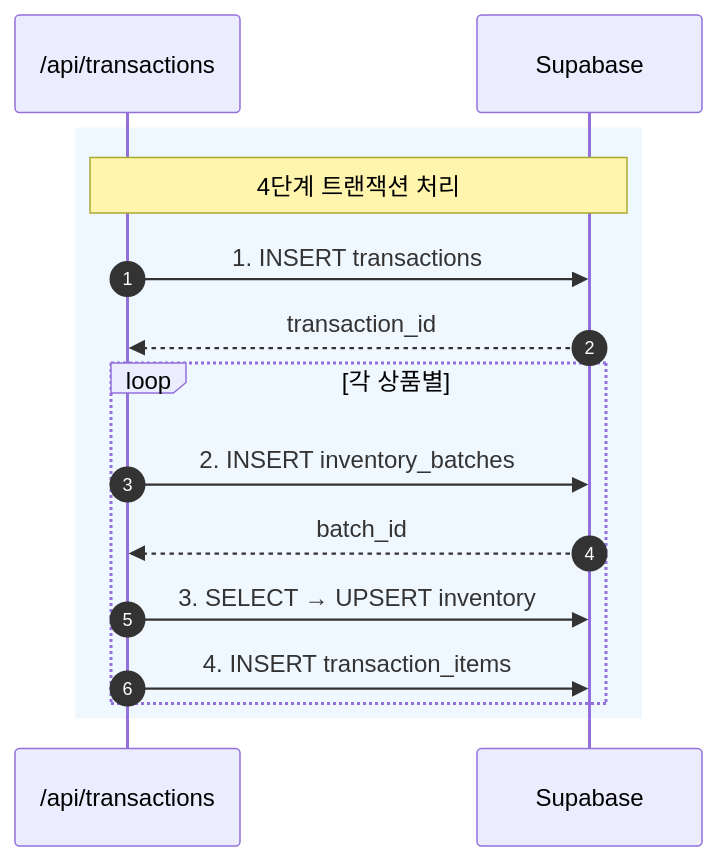
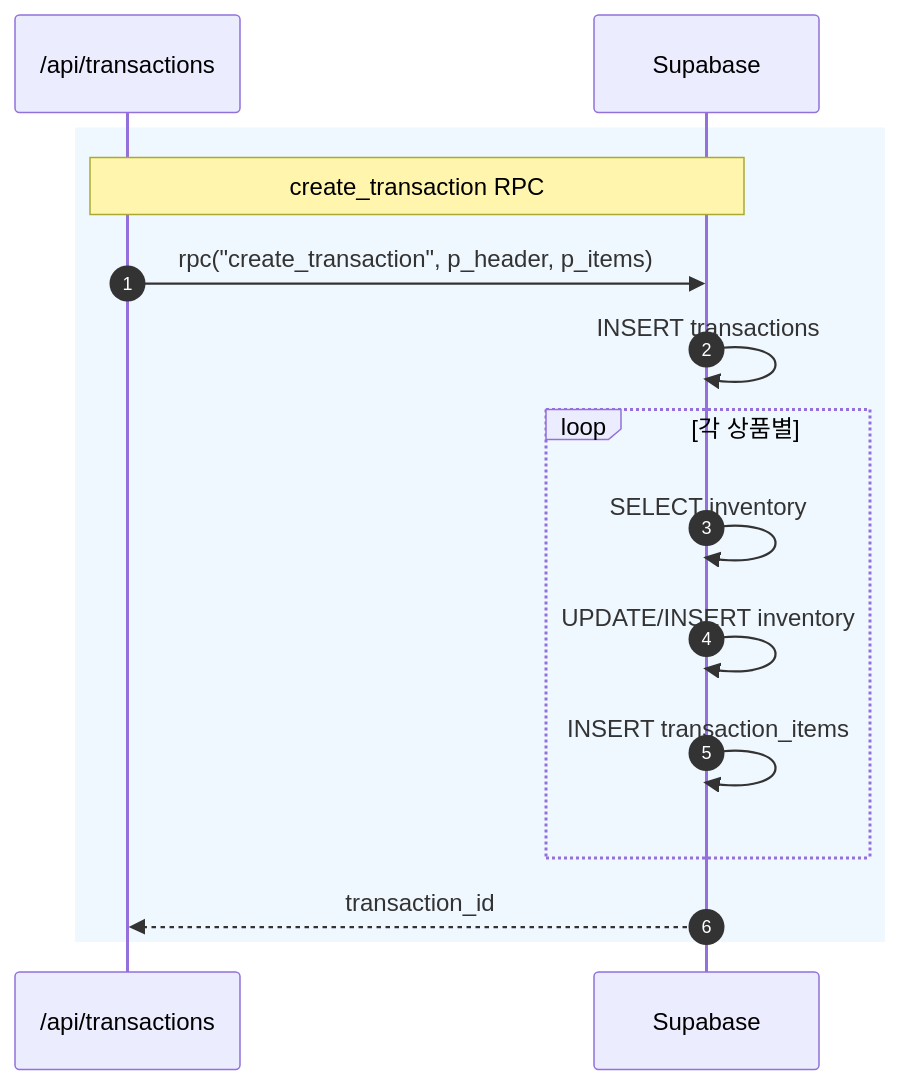
One commit to enjoylonelines/stock-cock changed the second of 5 diagrams in README.md. Above: the diagram before and after it, drawn with Mermaid. The commit also changed other lines of this file and 7 other files, not shown here.

````diff
--- a/README.md
+++ b/README.md
@@ -285,19 +285,18 @@
 ```mermaid
 sequenceDiagram
     autonumber
     participant API as /api/transactions
     participant DB as Supabase
 
     rect rgb(240, 248, 255)
-        Note over API,DB: 4단계 트랜잭션 처리
-        API->>DB: 1. INSERT transactions
+        Note over API,DB: create_transaction RPC
+        API->>DB: rpc("create_transaction", p_header, p_items)
+        DB->>DB: INSERT transactions
+        loop 각 상품별
+            DB->>DB: SELECT inventory
+            DB->>DB: UPDATE/INSERT inventory
+            DB->>DB: INSERT transaction_items
+        end
         DB-->>API: transaction_id
-
-        loop 각 상품별
-            API->>DB: 2. INSERT inventory_batches
-            DB-->>API: batch_id
-            API->>DB: 3. SELECT → UPSERT inventory
-            API->>DB: 4. INSERT transaction_items
-        end
     end
 ```
````
